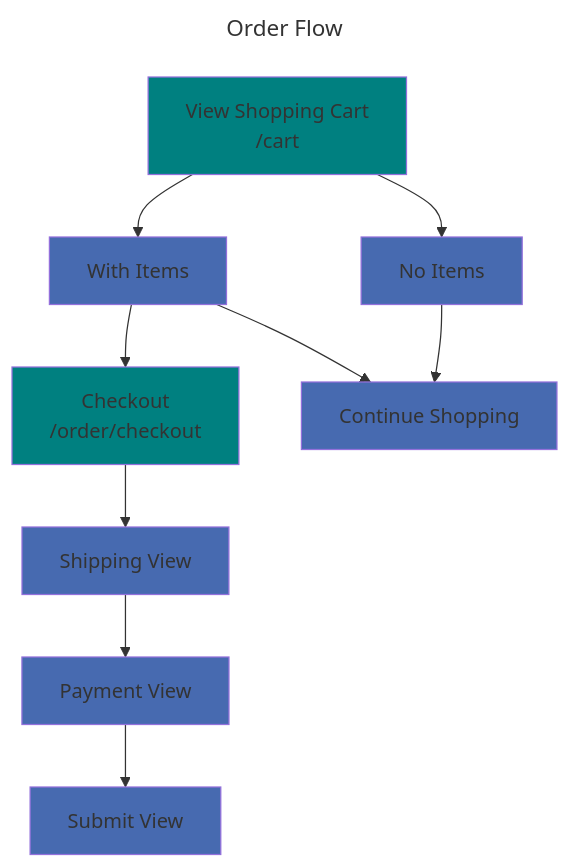
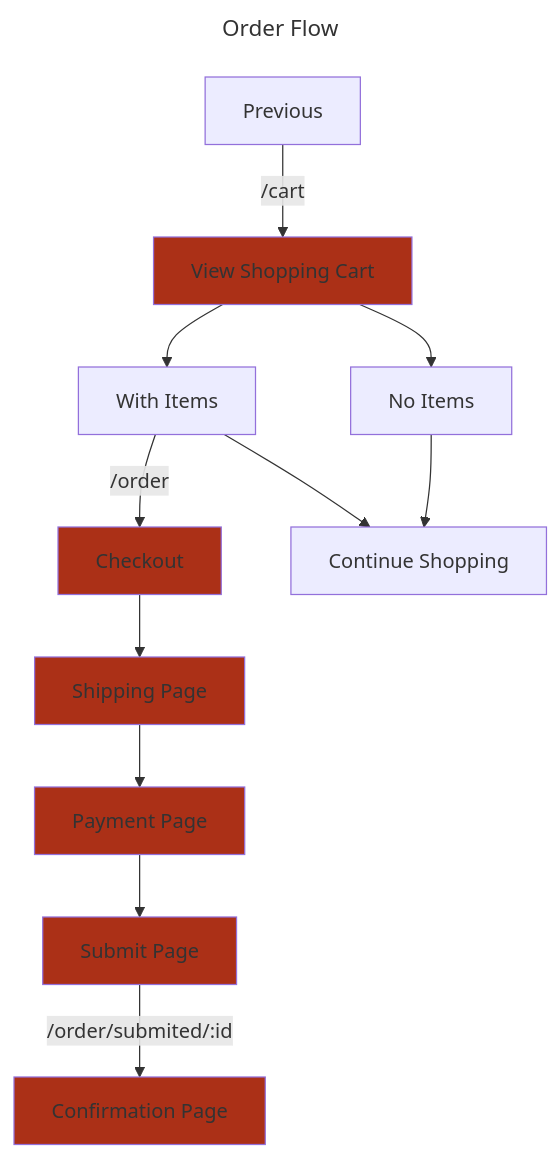
Before and after one commit to dictyBase/frontendx: the diagram in apps/stock-center/diagrams/OrderFlow.md, drawn with Mermaid.

Commit message:
docs(OrderFlow.md): update order flow diagram
The order flow diagram has been updated to reflect the following changes:
- Renamed "View Shopping Cart" node to "A"
- Renamed "Checkout" node to "B"
- Renamed "Shipping View" node to "C"
- Renamed "Payment View" node to "D"
- Renamed "Submit View" node to "E"
- Added a new "Confirmation Page" node labeled as "F"
- Added a new "Previous" node labeled as "X"
- Updated the arrows and labels to reflect the changes in node names and paths
- Updated the class definitions for the nodes to use a different fill color for the pages (classDef page fill:#ab3017)
These changes improve the clarity and consistency of the order flow diagram.

````diff
--- a/apps/stock-center/diagrams/OrderFlow.md
+++ b/apps/stock-center/diagrams/OrderFlow.md
@@ -1,32 +1,34 @@
 ```mermaid
 ---
 title: Order Flow
 ---
 
 flowchart TD
 
 A["`View Shopping Cart
-/cart`"]
+`"]
 A1[With Items]
 A2[No Items]
 B["`Checkout
-/order/checkout`"]
+`"]
 B1[Continue Shopping]
-C[Shipping View]
-D[Payment View]
-E[Submit View]
+C[Shipping Page]
+D[Payment Page]
+E[Submit Page]
+F[Confirmation Page]
+X[Previous]
 
+X -->|/cart| A
 A --> A1
 A --> A2
-A1 --> B
+A1 -->|/order| B
 A1 --> B1
 A2 --> B1
-B --> C
+B -->  C
 C --> D
 D --> E
+E --> |/order/submited/:id|F
 
-classDef page fill:#008080
-classDef view fill:#476ab0
-class A1,A2,B1,C,D,E,F view
-class A,B page
+classDef page fill:#ab3017
+class A,B,C,D,E,F page
 ```
````
